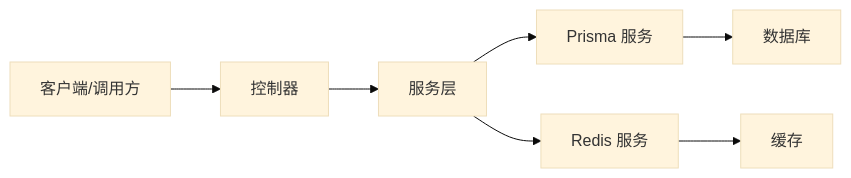
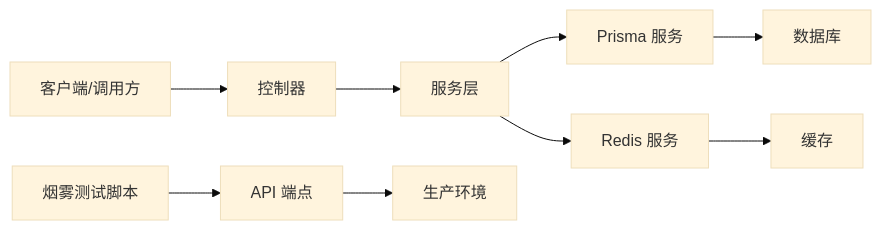
One commit to rc558620/purelyprofit-server changed the second of 12 diagrams in .qoder/repowiki/zh/content/测试策略/测试策略.md. Above: the diagram before and after it, drawn with Mermaid (base theme). The commit also changed other lines of this file and 26 other files, not shown here.

````diff
--- a/.qoder/repowiki/zh/content/测试策略/测试策略.md
+++ b/.qoder/repowiki/zh/content/测试策略/测试策略.md
@@ -161,9 +136,11 @@
 ```mermaid
 graph LR
 Client["客户端/调用方"] --> Ctlr["控制器"]
 Ctlr --> Svc["服务层"]
 Svc --> Prisma["Prisma 服务"]
 Svc --> Redis["Redis 服务"]
 Prisma --> DB["数据库"]
 Redis --> Cache["缓存"]
+Smoke["烟雾测试脚本"] --> Endpoint["API 端点"]
+Endpoint --> Prod["生产环境"]
 ```
````
